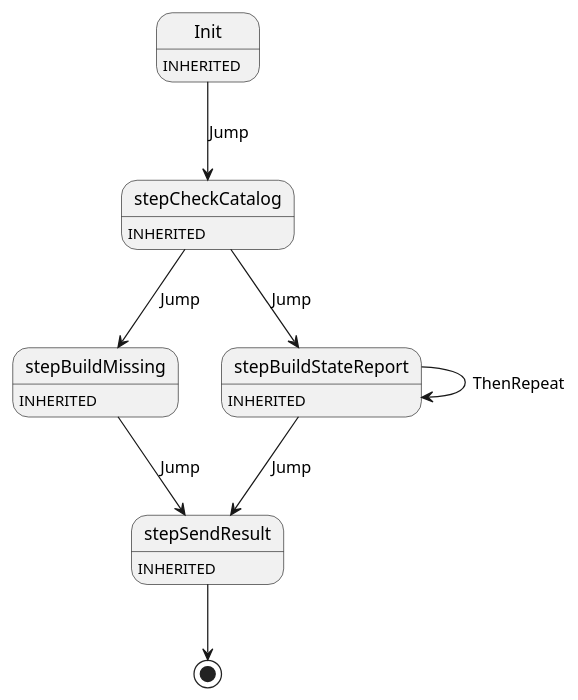
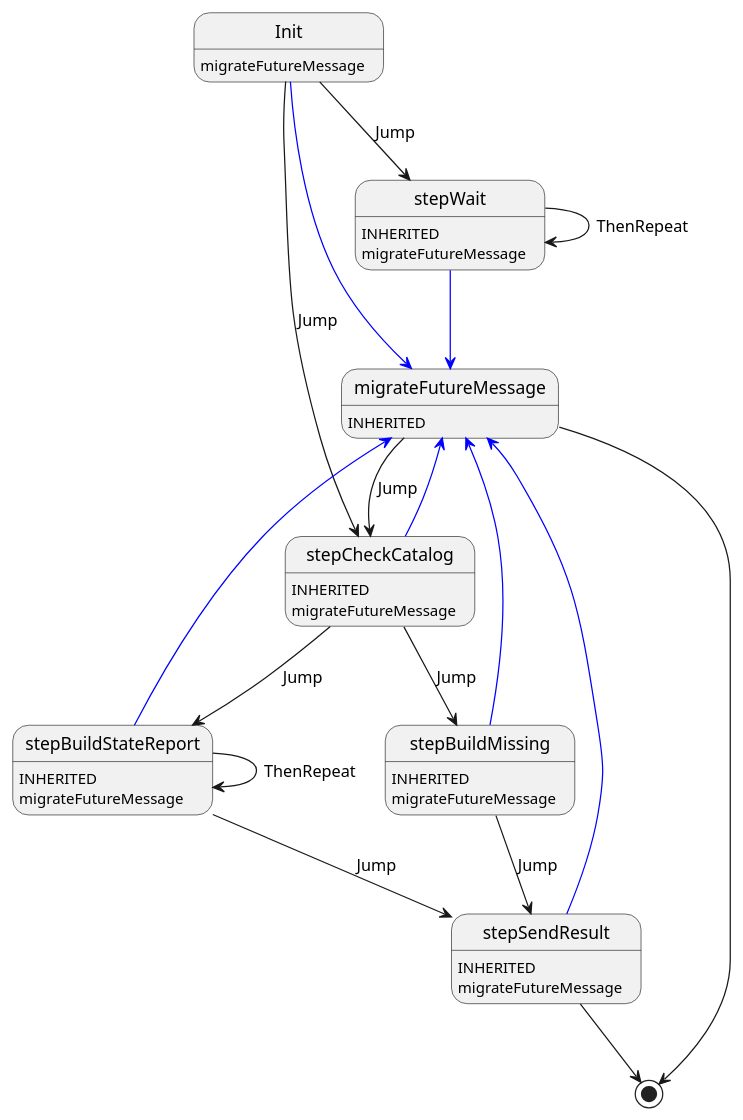
The diagram in ledger-core/virtual/handlers/vstaterequest.plantuml (insolar/assured-ledger), drawn with PlantUML before and after one commit. The commit also changed 4 other files, not shown here.

```diff
--- a/ledger-core/virtual/handlers/vstaterequest.plantuml
+++ b/ledger-core/virtual/handlers/vstaterequest.plantuml
@@ -1,14 +1,31 @@
 @startuml
-Init : INHERITED
+Init : migrateFutureMessage
+Init -[#blue]-> migrateFutureMessage
+Init --> stepWait : Jump
 Init --> stepCheckCatalog : Jump
+migrateFutureMessage : INHERITED
+migrateFutureMessage --> stepCheckCatalog : Jump
+migrateFutureMessage --> [*]
+stepWait : INHERITED
+stepWait : migrateFutureMessage
+stepWait -[#blue]-> migrateFutureMessage
+stepWait --> stepWait : ThenRepeat
 stepCheckCatalog : INHERITED
+stepCheckCatalog : migrateFutureMessage
+stepCheckCatalog -[#blue]-> migrateFutureMessage
 stepCheckCatalog --> stepBuildMissing : Jump
 stepCheckCatalog --> stepBuildStateReport : Jump
 stepBuildMissing : INHERITED
+stepBuildMissing : migrateFutureMessage
+stepBuildMissing -[#blue]-> migrateFutureMessage
 stepBuildMissing --> stepSendResult : Jump
 stepBuildStateReport : INHERITED
+stepBuildStateReport : migrateFutureMessage
+stepBuildStateReport -[#blue]-> migrateFutureMessage
 stepBuildStateReport --> stepSendResult : Jump
 stepBuildStateReport --> stepBuildStateReport : ThenRepeat
 stepSendResult : INHERITED
+stepSendResult : migrateFutureMessage
+stepSendResult -[#blue]-> migrateFutureMessage
 stepSendResult --> [*]
 @enduml
```
